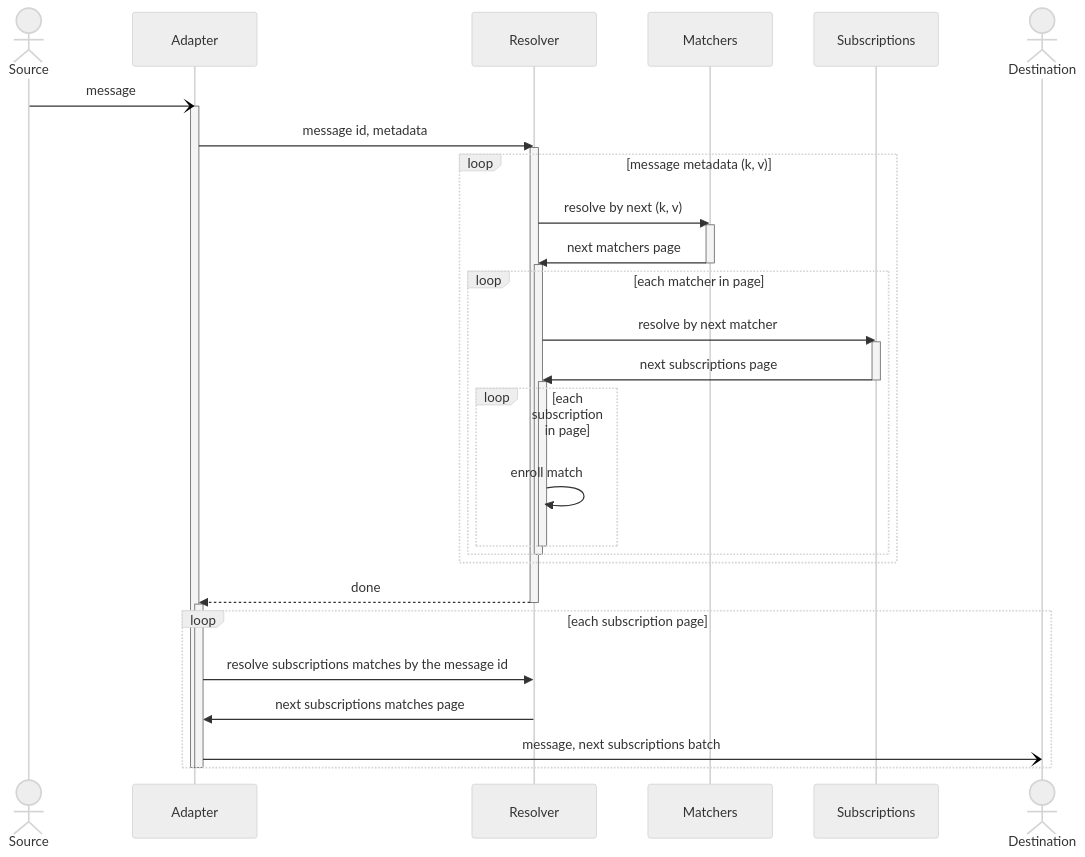
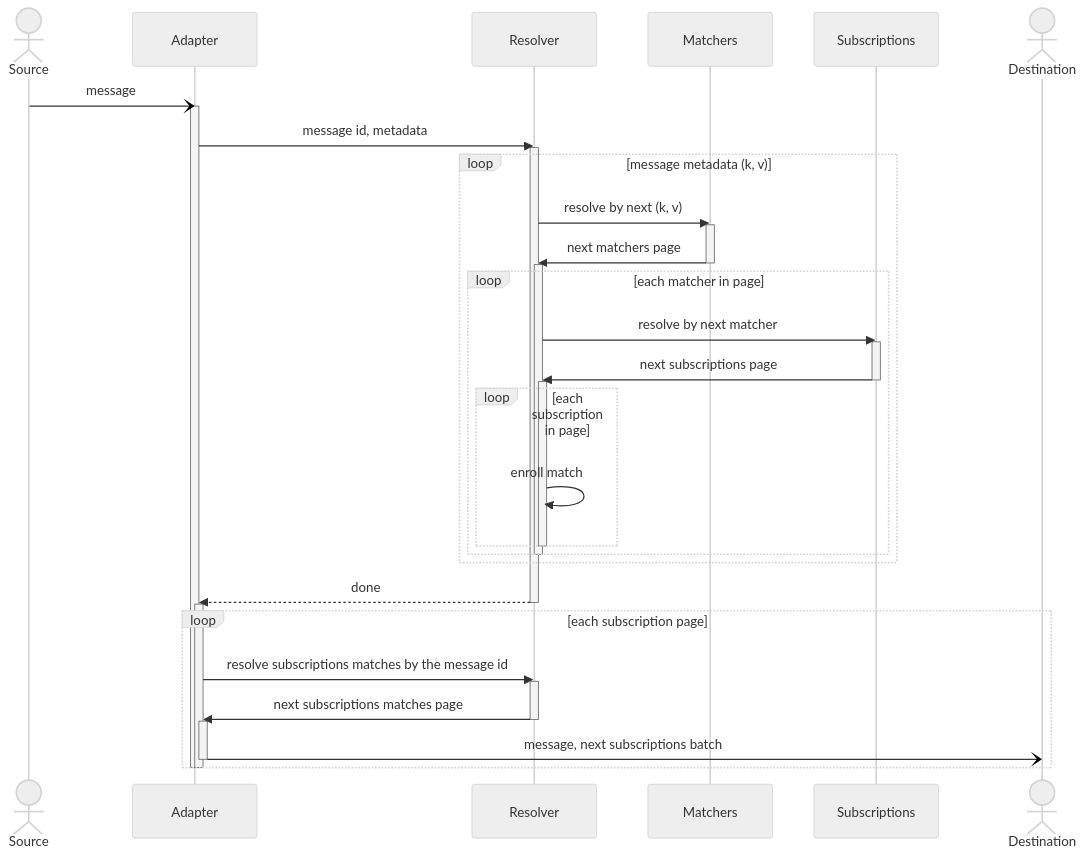
One commit to awakari/.github changed the diagram in profile/README.md. Above: the diagram before and after it, drawn with Mermaid.

````diff
--- a/profile/README.md
+++ b/profile/README.md
@@ -13,56 +13,60 @@
 ```mermaid
 %%{init: {'theme': 'neutral' } }%%
 sequenceDiagram
 
     actor Source
     participant Adapter
     participant Resolver
     participant Matchers
     participant Subscriptions
     actor Destination
 
     Source-)Adapter: message
     activate Adapter
     
     Adapter->>Resolver: message id, metadata
     activate Resolver
     
     loop message metadata (k, v)
     
         Resolver->>Matchers: resolve by next (k, v)
         activate Matchers
         Matchers->>Resolver: next matchers page
         deactivate Matchers
         
         activate Resolver
         loop each matcher in page
             
             Resolver->>Subscriptions: resolve by next matcher
             activate Subscriptions
             Subscriptions->>Resolver: next subscriptions page
             deactivate Subscriptions
             
             activate Resolver
             loop each subscription in page
                 Resolver->>Resolver: enroll match
             end
             deactivate Resolver
             
         end
         deactivate Resolver
     end
     
     
     
     Resolver-->>Adapter: done
     deactivate Resolver
 
     activate Adapter
     loop each subscription page
         Adapter->>Resolver: resolve subscriptions matches by the message id
+        activate Resolver
         Resolver->>Adapter: next subscriptions matches page
+        deactivate Resolver
+        activate Adapter
         Adapter-)Destination: message, next subscriptions batch
+        deactivate Adapter
     end
     deactivate Adapter
     deactivate Adapter
 ```
````
